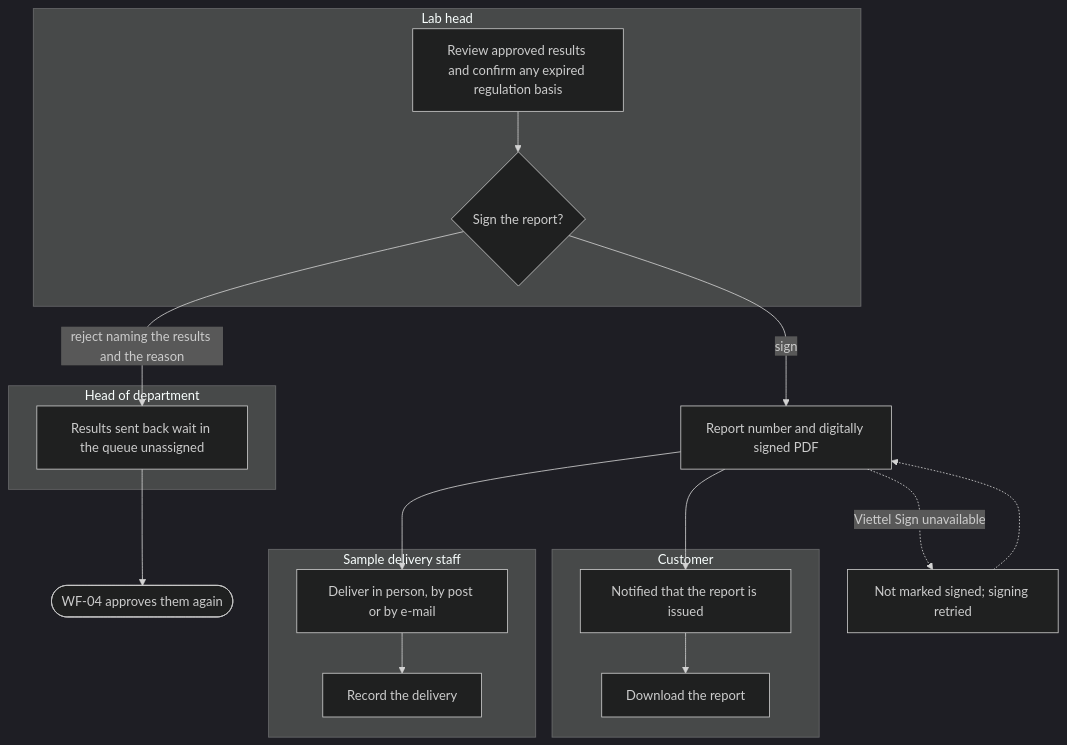
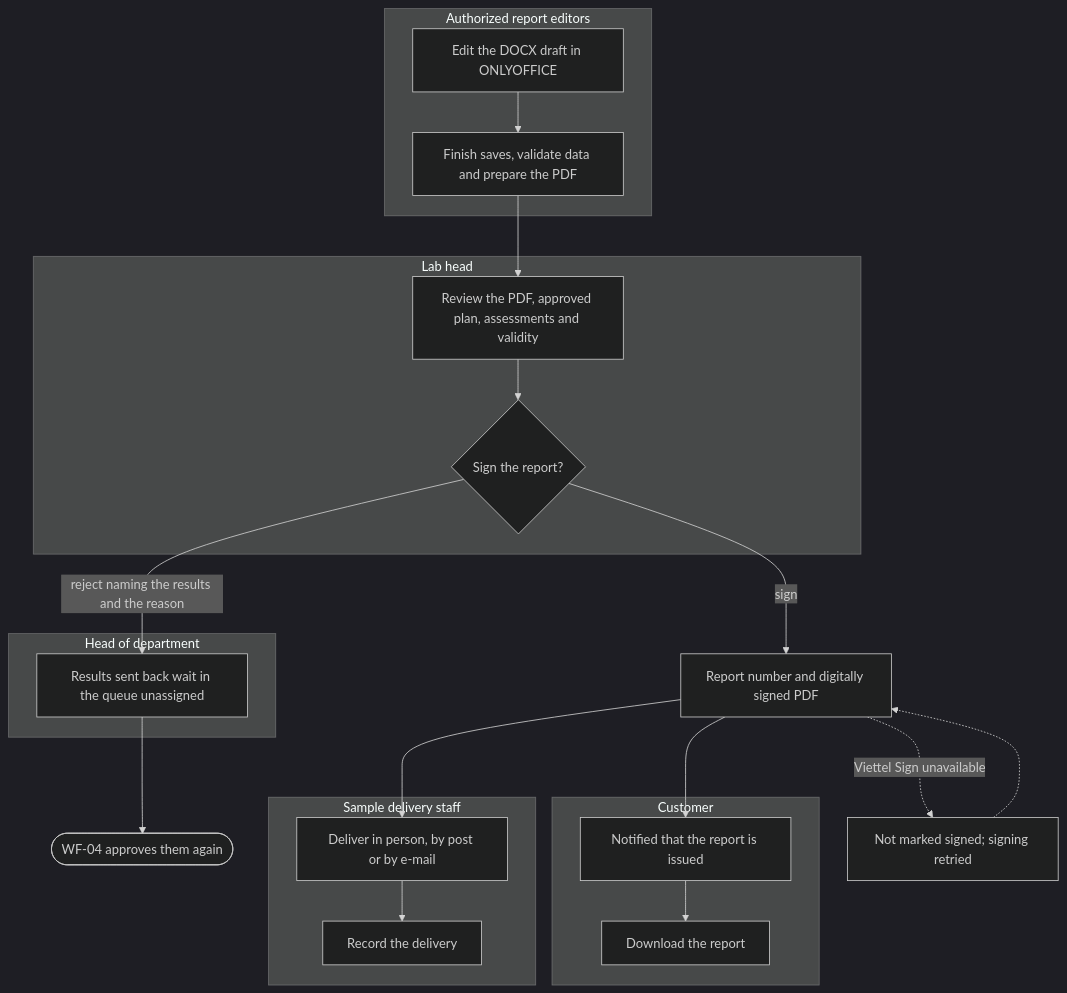
The sixth of 16 diagrams in docs/functional/business-flows.md (SoltuneMontepre/medilab), drawn with Mermaid (dark theme) before and after one commit. The commit also changed other lines of this file and 28 other files, not shown here.

````diff
--- a/docs/functional/business-flows.md
+++ b/docs/functional/business-flows.md
@@ -286,20 +291,24 @@
 ```mermaid
 flowchart TD
+    subgraph report_editors ["Authorized report editors"]
+        p1[Edit the DOCX draft in ONLYOFFICE] --> p2[Finish saves, validate data and prepare the PDF]
+    end
     subgraph lane15 ["Lab head"]
-        l1[Review approved results and confirm any expired regulation basis] --> l2{Sign the report?}
+        l1[Review the PDF, approved plan, assessments and validity] --> l2{Sign the report?}
     end
     subgraph lane16 ["Head of department"]
         h1[Results sent back wait in the queue unassigned]
     end
     subgraph lane17 ["Sample delivery staff"]
         d1[Deliver in person, by post or by e-mail] --> d2[Record the delivery]
     end
     subgraph lane18 ["Customer"]
         c1[Notified that the report is issued] --> c2[Download the report]
     end
+    p2 --> l1
     l2 -->|reject naming the results and the reason| h1 --> wf04([WF-04 approves them again])
     l2 -->|sign| issued[Report number and digitally signed PDF]
     issued --> d1
     issued --> c1
     issued -.->|Viettel Sign unavailable| retry["Not marked signed; signing retried"] -.-> issued
 ```
````
